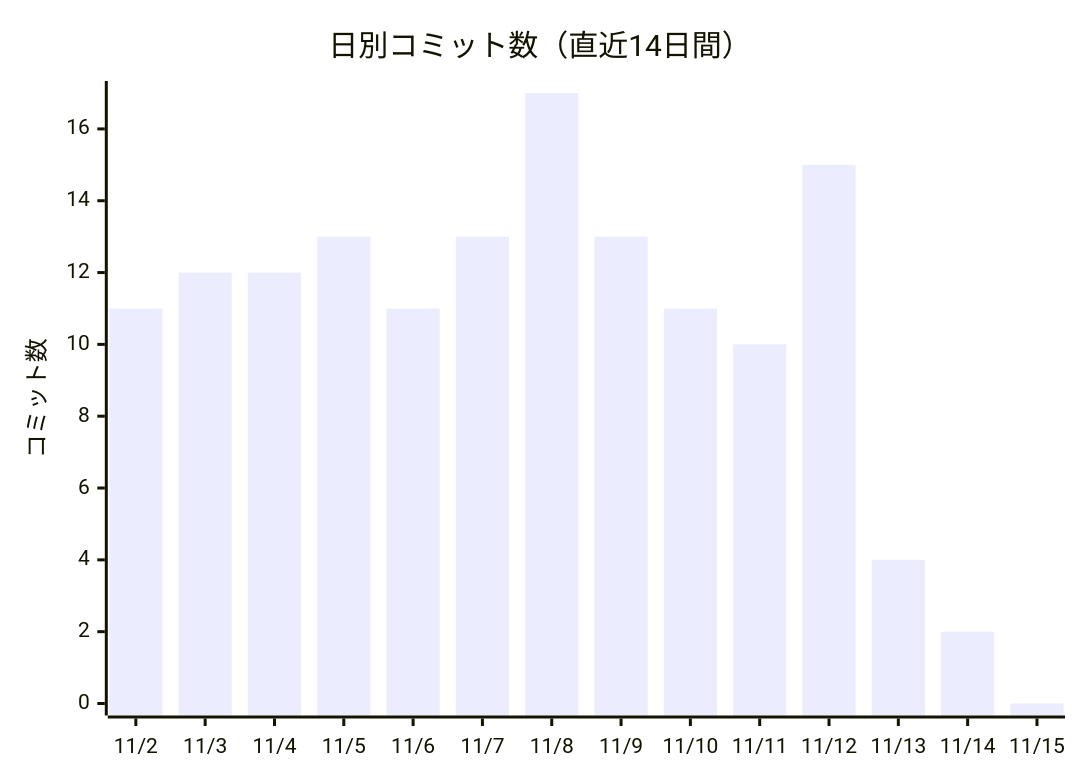
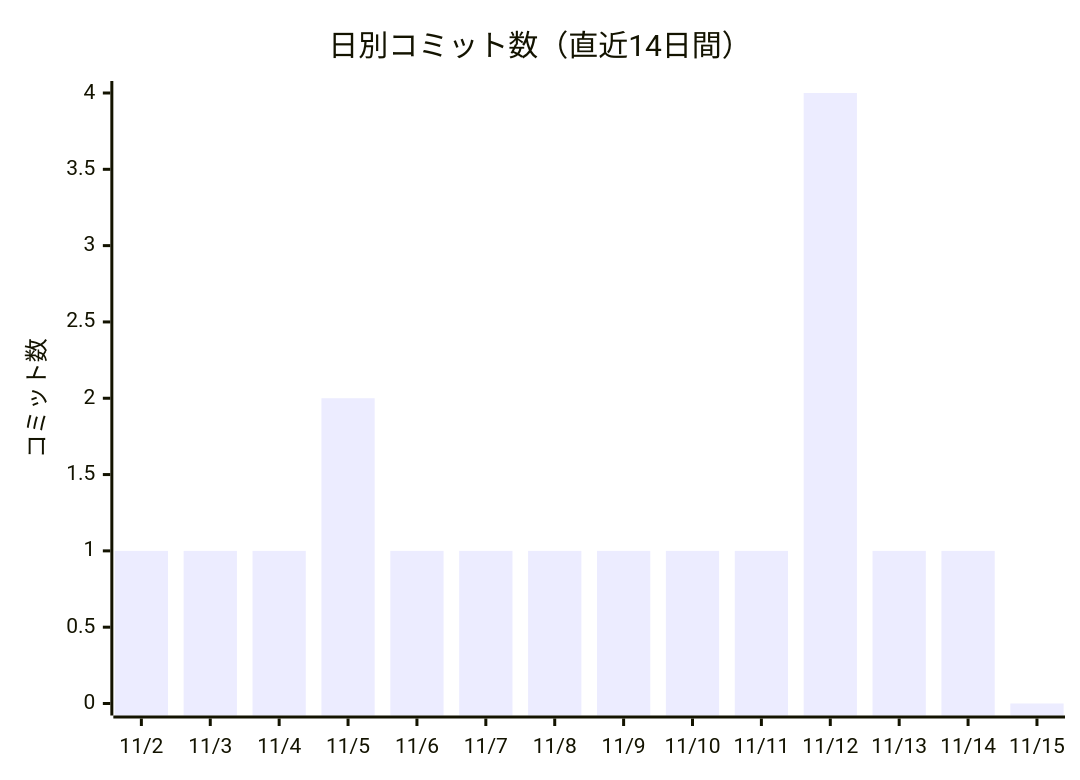
The first of 2 diagrams in docs/進化レポート.md (non-x2/non-x2), drawn with Mermaid before and after one commit. The commit also changed other lines of this file and 1 other file, not shown here.

````diff
--- a/docs/進化レポート.md
+++ b/docs/進化レポート.md
@@ -25,7 +25,7 @@
 ```mermaid
 xychart-beta
     title "日別コミット数（直近14日間）"
     x-axis ["11/2", "11/3", "11/4", "11/5", "11/6", "11/7", "11/8", "11/9", "11/10", "11/11", "11/12", "11/13", "11/14", "11/15"]
     y-axis "コミット数"
-    bar [11, 12, 12, 13, 11, 13, 17, 13, 11, 10, 15, 4, 2, 0]
+    bar [1, 1, 1, 2, 1, 1, 1, 1, 1, 1, 4, 1, 1, 0]
 ```
````
